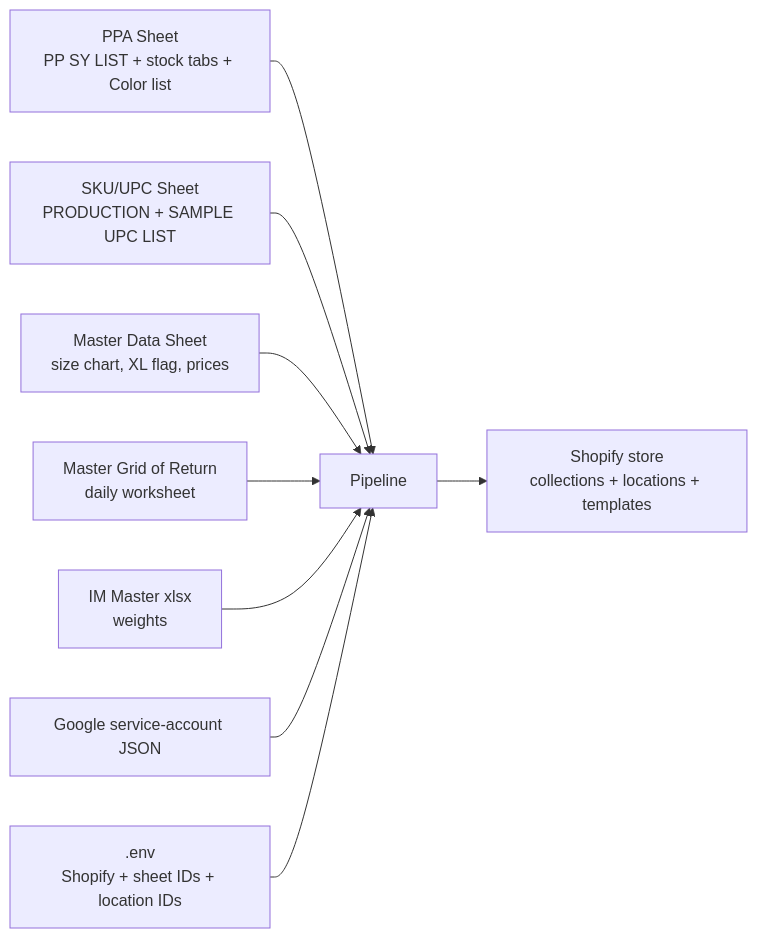
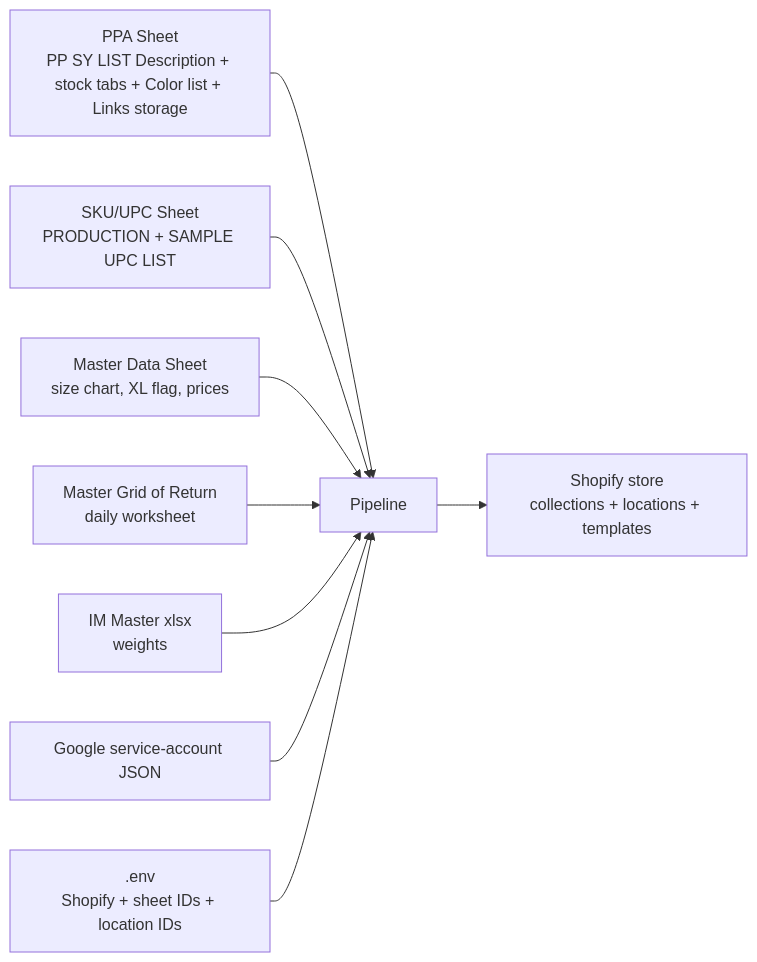
Before and after one commit to Wooden-Ships-Knits/product-page-automation: the diagram in PPA_DATA_PREP.md, drawn with Mermaid. The commit also changed other lines of this file and 10 other files, not shown here.

````diff
--- a/PPA_DATA_PREP.md
+++ b/PPA_DATA_PREP.md
@@ -11,11 +11,11 @@
 ```mermaid
 flowchart LR
-    PPA[PPA Sheet<br/>PP SY LIST + stock tabs + Color list] --> PIPE[Pipeline]
+    PPA[PPA Sheet<br/>PP SY LIST Description + stock tabs + Color list + Links storage] --> PIPE[Pipeline]
     UPC[SKU/UPC Sheet<br/>PRODUCTION + SAMPLE UPC LIST] --> PIPE
     MD[Master Data Sheet<br/>size chart, XL flag, prices] --> PIPE
     RET[Master Grid of Return<br/>daily worksheet] --> PIPE
     IMX[IM Master xlsx<br/>weights] --> PIPE
     SVC[Google service-account JSON] --> PIPE
     ENV[.env<br/>Shopify + sheet IDs + location IDs] --> PIPE
     PIPE --> SHOP[Shopify store<br/>collections + locations + templates]
 ```
````
